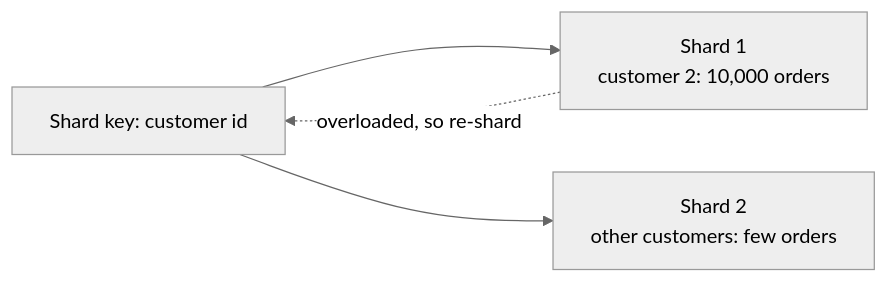
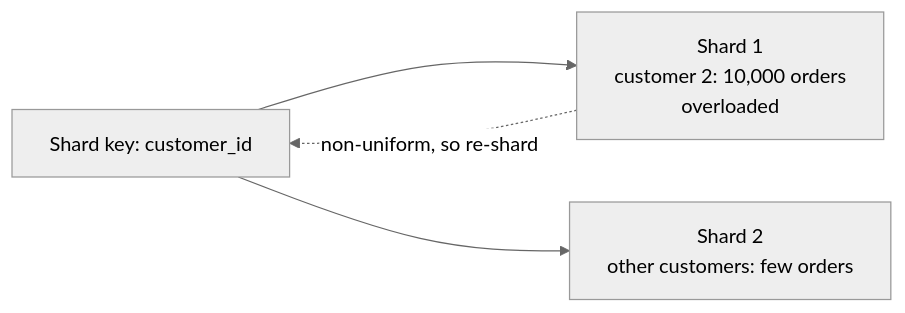
One commit to aaryan-pradhan/core-cs-fundamentals changed the eighth of 10 diagrams in dbms/18-partitioning-sharding.md. Above: the diagram before and after it, drawn with Mermaid (neutral theme). The commit also changed other lines of this file, not shown here.

````diff
--- a/dbms/18-partitioning-sharding.md
+++ b/dbms/18-partitioning-sharding.md
@@ -147,6 +131,6 @@
-         ```mermaid
-         flowchart LR
-           K["Shard key: customer id"] --> A["Shard 1<br/>customer 2: 10,000 orders"]
-           K --> B["Shard 2<br/>other customers: few orders"]
-           A -. "overloaded, so re-shard" .-> K
-         ```
+```mermaid
+flowchart LR
+  K["Shard key: customer_id"] --> A["Shard 1<br/>customer 2: 10,000 orders<br/>overloaded"]
+  K --> B["Shard 2<br/>other customers: few orders"]
+  A -. "non-uniform, so re-shard" .-> K
+```
````
